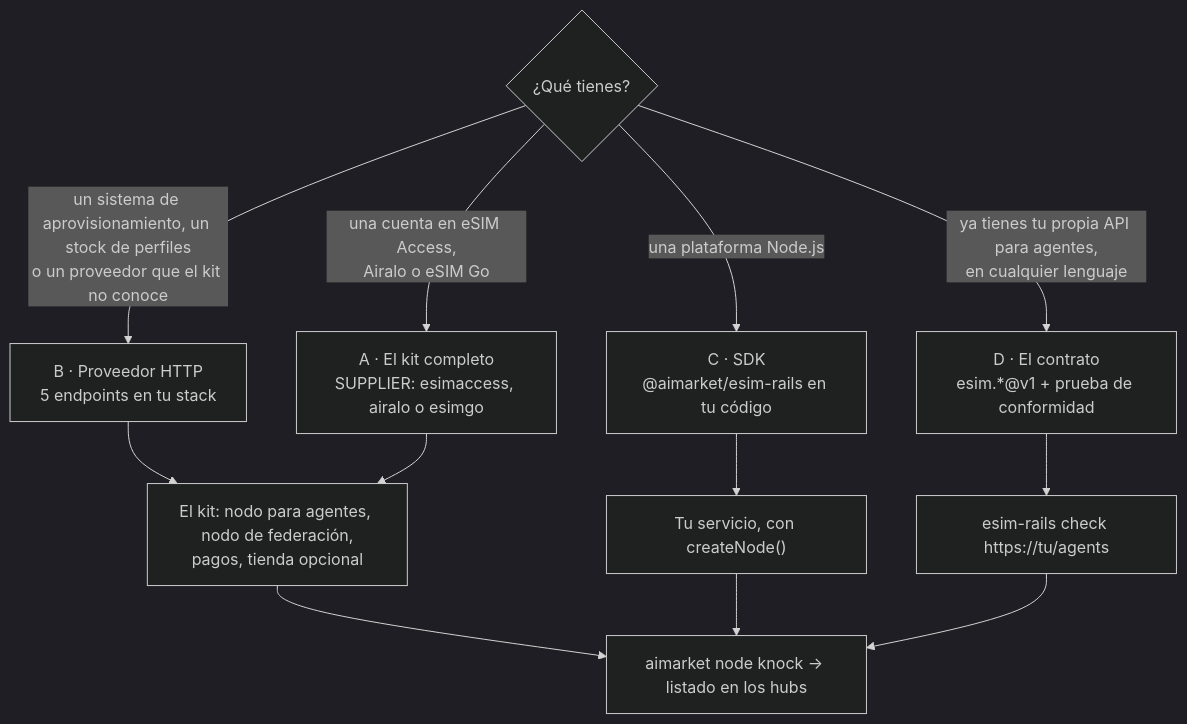
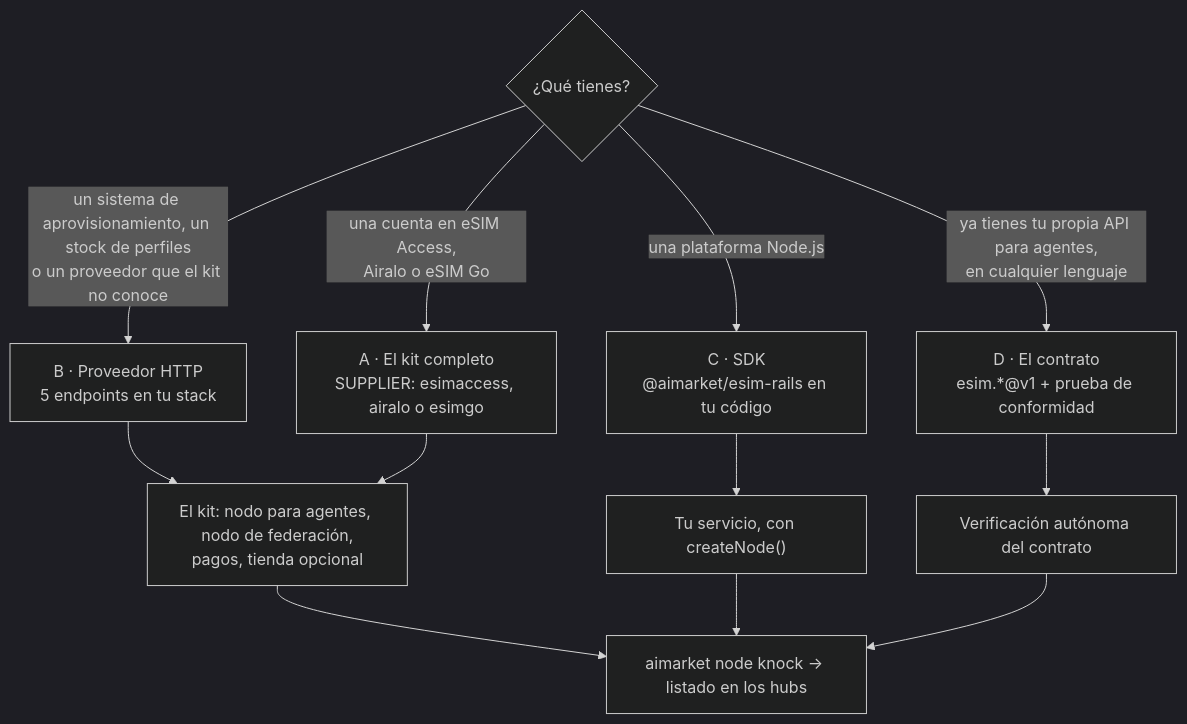
Before and after one commit to alexar76/esim-operator-kit: the third of 3 diagrams in README.es.md, drawn with Mermaid (dark theme). The commit also changed other lines of this file and 13 other files, not shown here.

````diff
--- a/README.es.md
+++ b/README.es.md
@@ -144,15 +144,15 @@
 ```mermaid
 flowchart TB
   Q{"¿Qué tienes?"}
   Q -->|"una cuenta en eSIM Access,<br/>Airalo o eSIM Go"| A2["A · El kit completo<br/>SUPPLIER: esimaccess, airalo o esimgo"]
   Q -->|"un sistema de aprovisionamiento, un stock de perfiles<br/>o un proveedor que el kit no conoce"| B["B · Proveedor HTTP<br/>5 endpoints en tu stack"]
   Q -->|"una plataforma Node.js"| C["C · SDK<br/>@aimarket/esim-rails en tu código"]
   Q -->|"ya tienes tu propia API para agentes,<br/>en cualquier lenguaje"| D["D · El contrato<br/>esim.*@v1 + prueba de conformidad"]
   B --> R["El kit: nodo para agentes, nodo de federación,<br/>pagos, tienda opcional"]
   C --> R2["Tu servicio, con createNode()"]
-  D --> R3["esim-rails check https://tu/agents"]
+  D --> R3["Verificación autónoma del contrato"]
   A2 --> R
   R --> F["aimarket node knock → listado en los hubs"]
   R2 --> F
   R3 --> F
 ```
````
